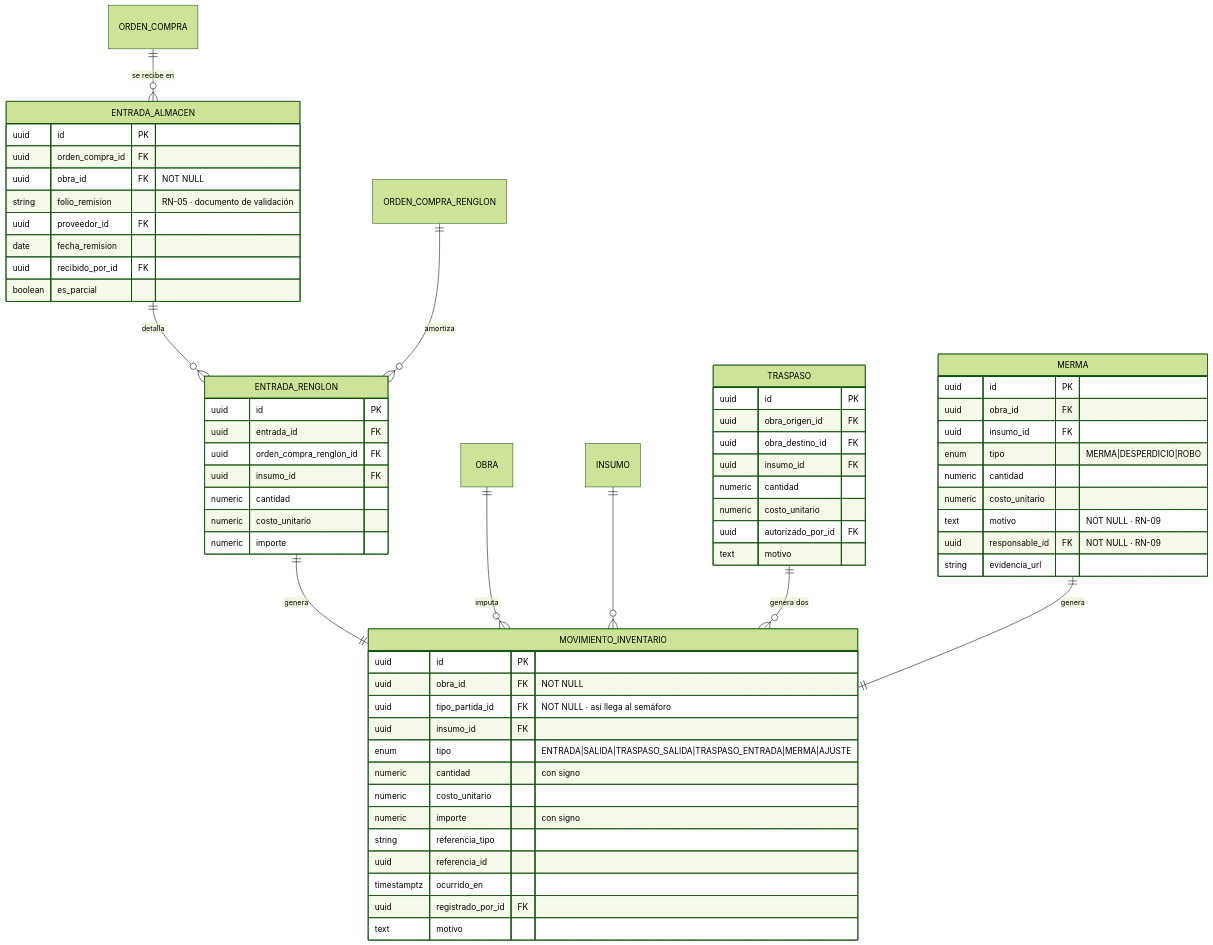
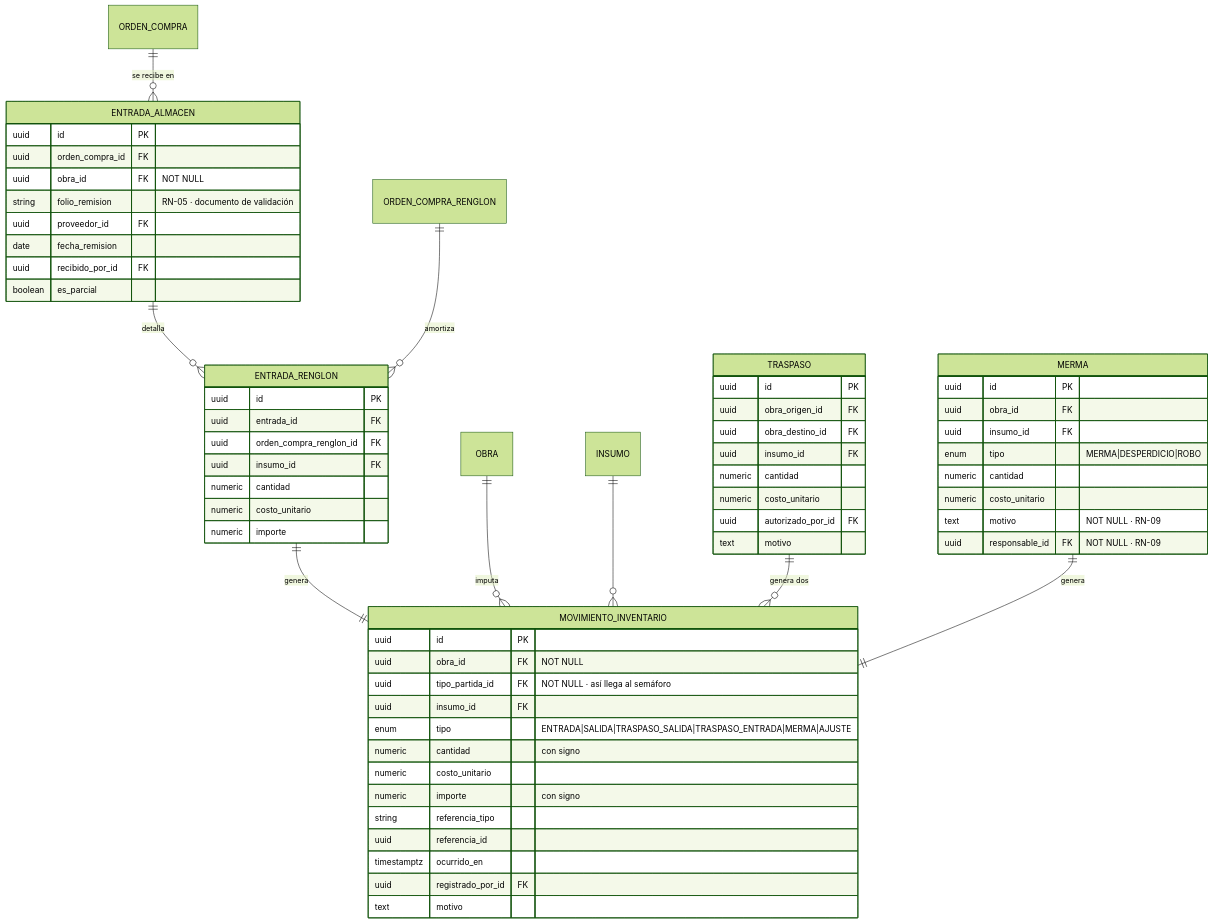
Before and after one commit to FranciscoRodSilva/IA4Devs-Proyecto-Final: the sixth of 16 diagrams in docs/03-modelo-datos.md, drawn with Mermaid (forest theme). The commit also changed other lines of this file and 12 other files, not shown here.

````diff
--- a/docs/03-modelo-datos.md
+++ b/docs/03-modelo-datos.md
@@ -429,67 +433,66 @@
 ```mermaid
 erDiagram
     ORDEN_COMPRA ||--o{ ENTRADA_ALMACEN : "se recibe en"
     ENTRADA_ALMACEN ||--o{ ENTRADA_RENGLON : "detalla"
     ORDEN_COMPRA_RENGLON ||--o{ ENTRADA_RENGLON : "amortiza"
     ENTRADA_RENGLON ||--|| MOVIMIENTO_INVENTARIO : "genera"
     OBRA ||--o{ MOVIMIENTO_INVENTARIO : "imputa"
     INSUMO ||--o{ MOVIMIENTO_INVENTARIO : ""
     TRASPASO ||--o{ MOVIMIENTO_INVENTARIO : "genera dos"
     MERMA ||--|| MOVIMIENTO_INVENTARIO : "genera"
 
     ENTRADA_ALMACEN {
         uuid id PK
         uuid orden_compra_id FK
         uuid obra_id FK "NOT NULL"
         string folio_remision "RN-05 · documento de validación"
         uuid proveedor_id FK
         date fecha_remision
         uuid recibido_por_id FK
         boolean es_parcial
     }
     ENTRADA_RENGLON {
         uuid id PK
         uuid entrada_id FK
         uuid orden_compra_renglon_id FK
         uuid insumo_id FK
         numeric cantidad
         numeric costo_unitario
         numeric importe
     }
     MOVIMIENTO_INVENTARIO {
         uuid id PK
         uuid obra_id FK "NOT NULL"
         uuid tipo_partida_id FK "NOT NULL · así llega al semáforo"
         uuid insumo_id FK
         enum tipo "ENTRADA|SALIDA|TRASPASO_SALIDA|TRASPASO_ENTRADA|MERMA|AJUSTE"
         numeric cantidad "con signo"
         numeric costo_unitario
         numeric importe "con signo"
         string referencia_tipo
         uuid referencia_id
         timestamptz ocurrido_en
         uuid registrado_por_id FK
         text motivo
     }
     TRASPASO {
         uuid id PK
         uuid obra_origen_id FK
         uuid obra_destino_id FK
         uuid insumo_id FK
         numeric cantidad
         numeric costo_unitario
         uuid autorizado_por_id FK
         text motivo
     }
     MERMA {
         uuid id PK
         uuid obra_id FK
         uuid insumo_id FK
         enum tipo "MERMA|DESPERDICIO|ROBO"
         numeric cantidad
         numeric costo_unitario
         text motivo "NOT NULL · RN-09"
         uuid responsable_id FK "NOT NULL · RN-09"
-        string evidencia_url
     }
 ```
````
